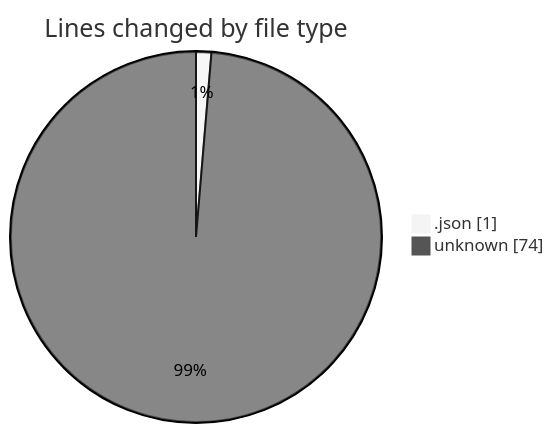
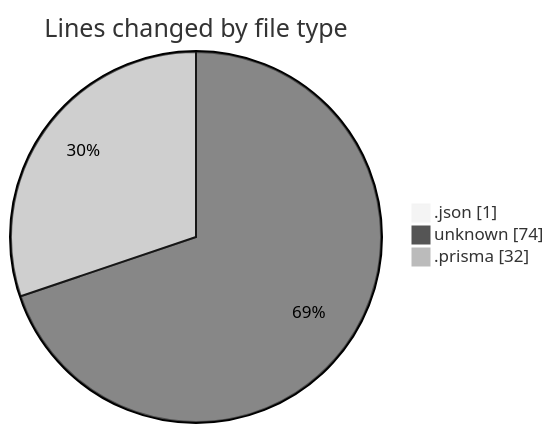
The first of 2 diagrams in 2025-01-23/good-pr/README.md (momahboobian/code-tracking), drawn with Mermaid (neutral theme) before and after one commit. The commit also changed other lines of this file and 1 other file, not shown here.

````diff
--- a/2025-01-23/good-pr/README.md
+++ b/2025-01-23/good-pr/README.md
@@ -21,6 +22,7 @@
 ```mermaid
 pie showData
 title Lines changed by file type
 ".json" : 1
 "unknown" : 74
+".prisma" : 32
 ```
````
